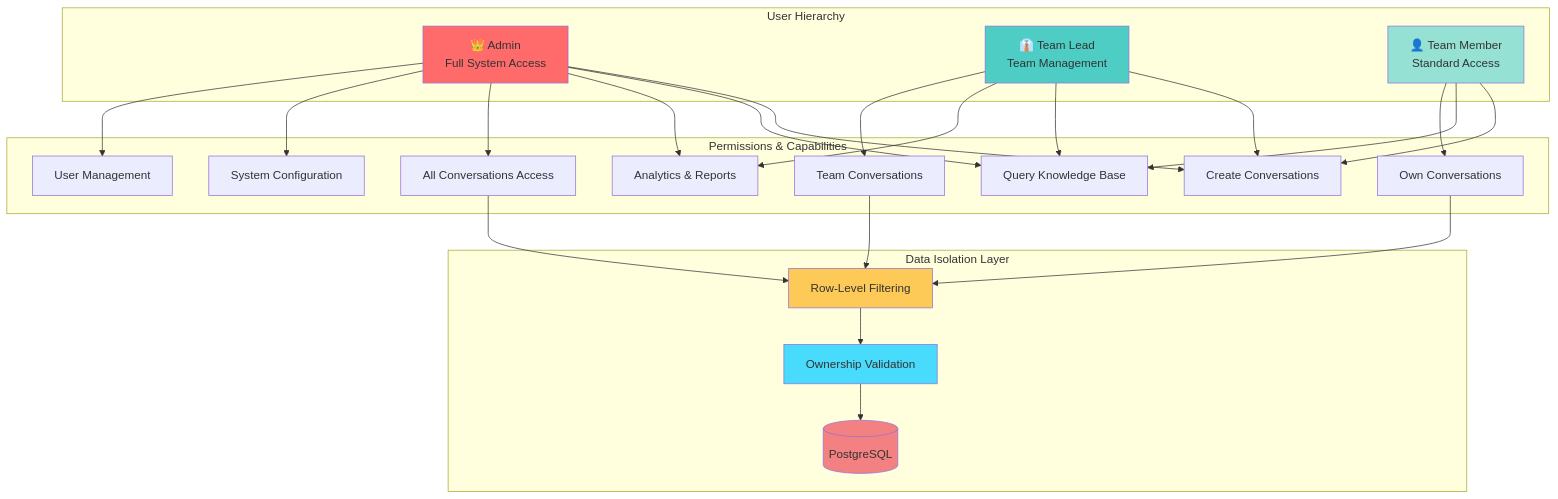
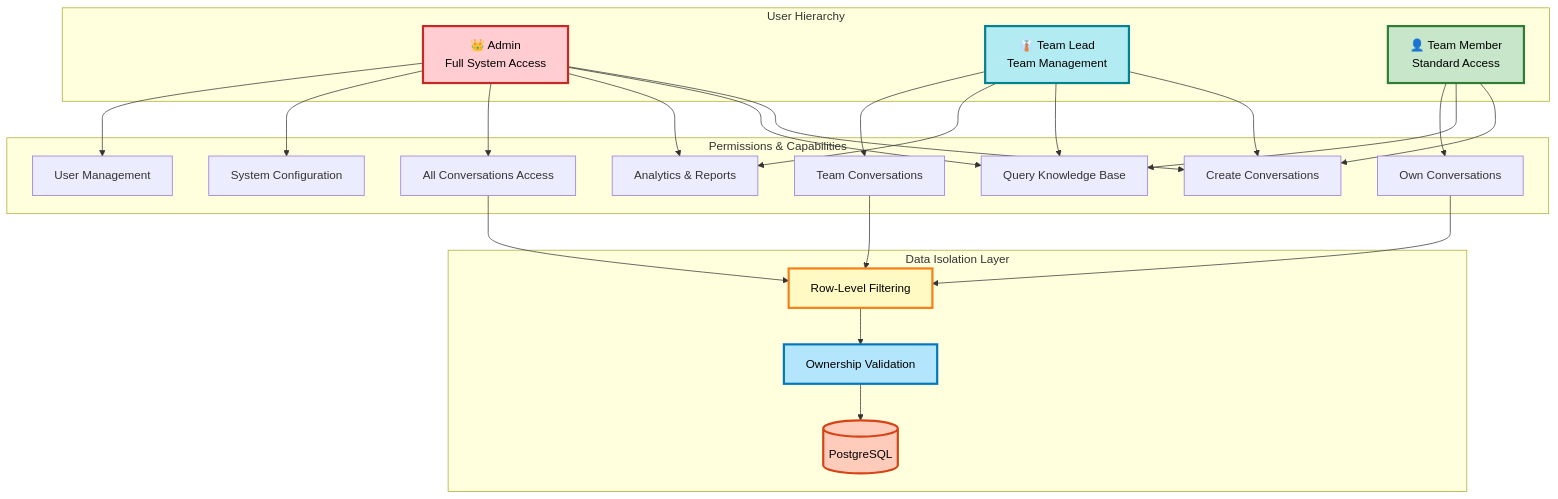
Before and after one commit to yash-ganatra/Banking-knowledgeAssistance: the fourth of 17 diagrams in README.md, drawn with Mermaid. The commit also changed other lines of this file, not shown here.

````diff
--- a/README.md
+++ b/README.md
@@ -543,55 +543,55 @@
 ```mermaid
 graph TB
     subgraph "User Hierarchy"
         ADMIN[👑 Admin<br/>Full System Access]
         LEAD[👔 Team Lead<br/>Team Management]
         MEMBER[👤 Team Member<br/>Standard Access]
     end
     
     subgraph "Permissions & Capabilities"
         P1[User Management]
         P2[System Configuration]
         P3[All Conversations Access]
         P4[Team Conversations]
         P5[Analytics & Reports]
         P6[Own Conversations]
         P7[Query Knowledge Base]
         P8[Create Conversations]
     end
     
     subgraph "Data Isolation Layer"
         DB[(PostgreSQL)]
         FILTER[Row-Level Filtering]
         OWNER[Ownership Validation]
     end
     
     ADMIN --> P1
     ADMIN --> P2
     ADMIN --> P3
     ADMIN --> P5
     ADMIN --> P7
     ADMIN --> P8
     
     LEAD --> P4
     LEAD --> P5
     LEAD --> P7
     LEAD --> P8
     
     MEMBER --> P6
     MEMBER --> P7
     MEMBER --> P8
     
     P6 --> FILTER
     P4 --> FILTER
     P3 --> FILTER
     
     FILTER --> OWNER
     OWNER --> DB
     
-    style ADMIN fill:#ff6b6b
-    style LEAD fill:#4ecdc4
-    style MEMBER fill:#95e1d3
-    style DB fill:#f38181
-    style FILTER fill:#feca57
-    style OWNER fill:#48dbfb
+    style ADMIN fill:#ffcdd2,stroke:#c62828,stroke-width:3px,color:#000
+    style LEAD fill:#b2ebf2,stroke:#00838f,stroke-width:3px,color:#000
+    style MEMBER fill:#c8e6c9,stroke:#2e7d32,stroke-width:3px,color:#000
+    style DB fill:#ffccbc,stroke:#d84315,stroke-width:3px,color:#000
+    style FILTER fill:#fff9c4,stroke:#f57f17,stroke-width:3px,color:#000
+    style OWNER fill:#b3e5fc,stroke:#0277bd,stroke-width:3px,color:#000
 ```
````
